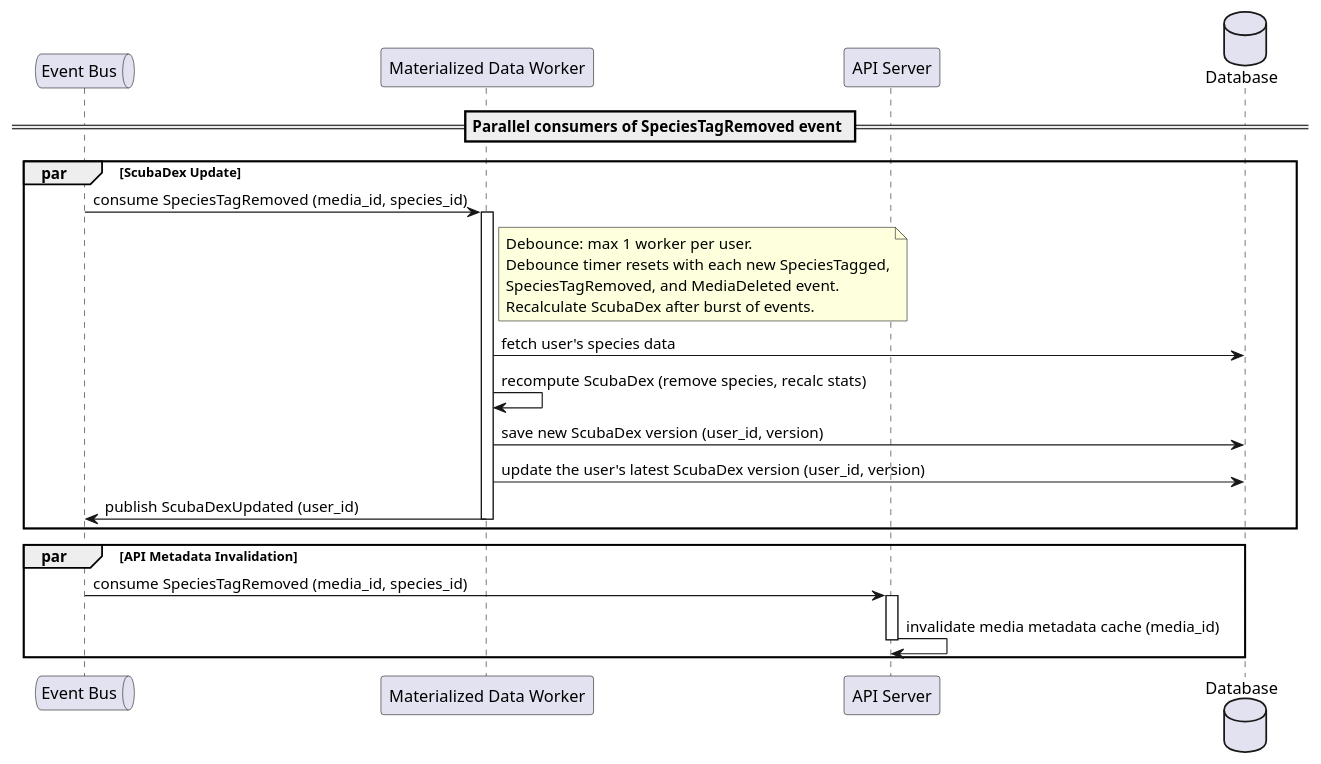
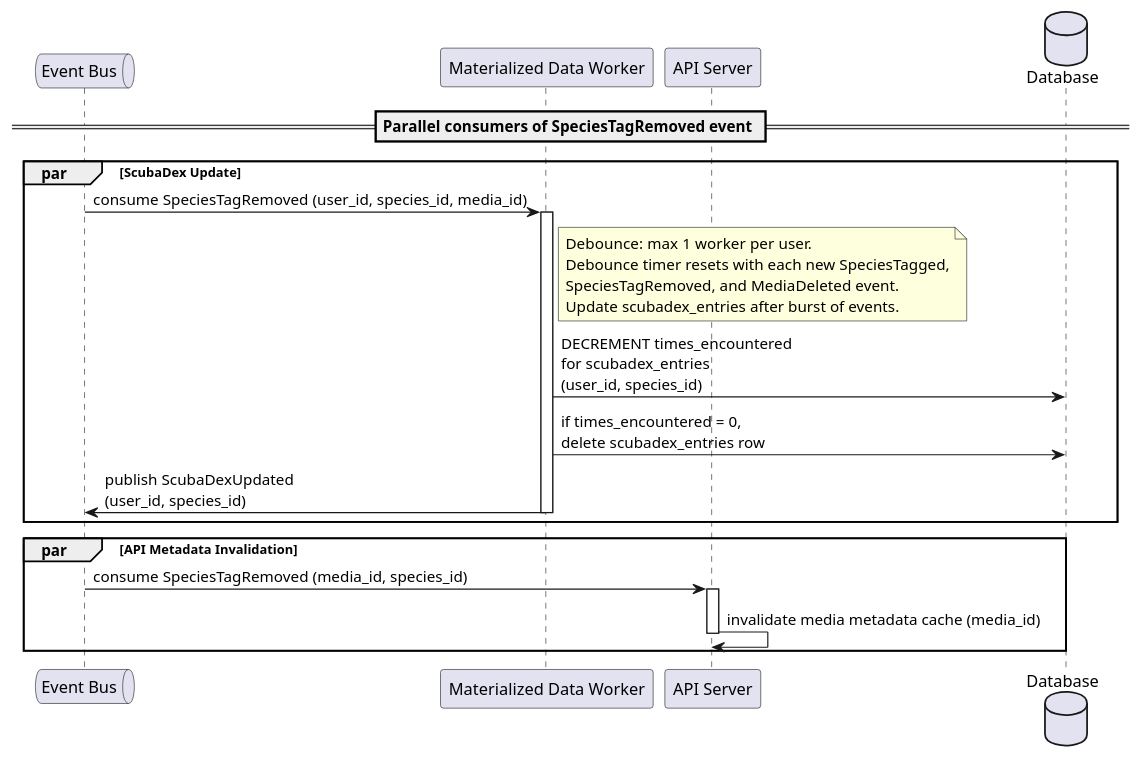
One commit to MikeF0007/reef-connect changed the diagram in designs/sequences/media/media_update/species_tag_removed_event_consumers_sequence.puml. Above: the diagram before and after it, drawn with PlantUML. The commit also changed 5 other files, not shown here.

First line of the commit message:
Add db schema diagram for dive logs, media, and ScubaDex

```diff
--- a/designs/sequences/media/media_update/species_tag_removed_event_consumers_sequence.puml
+++ b/designs/sequences/media/media_update/species_tag_removed_event_consumers_sequence.puml
@@ -1,31 +1,29 @@
 @startuml SpeciesTagRemoved Event Consumers Sequence
 queue "Event Bus" as Events
 participant "Materialized Data Worker" as MaterializedDataWorker
 participant "API Server" as API
 database "Database" as DB
 
 == Parallel consumers of SpeciesTagRemoved event ==
 par ScubaDex Update
-    Events -> MaterializedDataWorker: consume SpeciesTagRemoved (media_id, species_id)
+    Events -> MaterializedDataWorker: consume SpeciesTagRemoved (user_id, species_id, media_id)
     activate MaterializedDataWorker
     note right of MaterializedDataWorker
         Debounce: max 1 worker per user.
         Debounce timer resets with each new SpeciesTagged,
         SpeciesTagRemoved, and MediaDeleted event.
-        Recalculate ScubaDex after burst of events.
+        Update scubadex_entries after burst of events.
     end note
-    MaterializedDataWorker -> DB: fetch user's species data
-    MaterializedDataWorker -> MaterializedDataWorker: recompute ScubaDex (remove species, recalc stats)
-    MaterializedDataWorker -> DB: save new ScubaDex version (user_id, version)
-    MaterializedDataWorker -> DB: update the user's latest ScubaDex version (user_id, version)
-    MaterializedDataWorker -> Events: publish ScubaDexUpdated (user_id)
+    MaterializedDataWorker -> DB: DECREMENT times_encountered\nfor scubadex_entries\n(user_id, species_id)
+    MaterializedDataWorker -> DB: if times_encountered = 0,\ndelete scubadex_entries row
+    MaterializedDataWorker -> Events: publish ScubaDexUpdated\n(user_id, species_id)
     deactivate MaterializedDataWorker
 end par
 
 par API Metadata Invalidation
     Events -> API: consume SpeciesTagRemoved (media_id, species_id)
     activate API
     API -> API: invalidate media metadata cache (media_id)
     deactivate API
 end par
 @enduml
```
